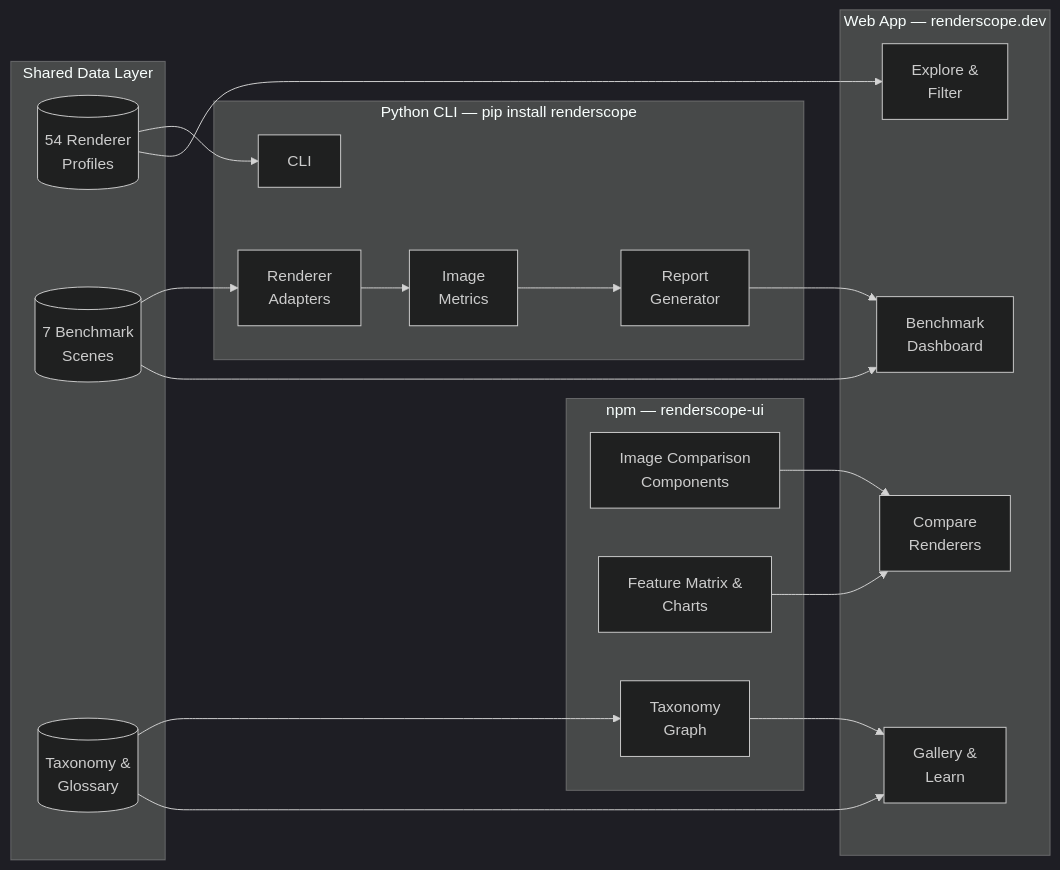
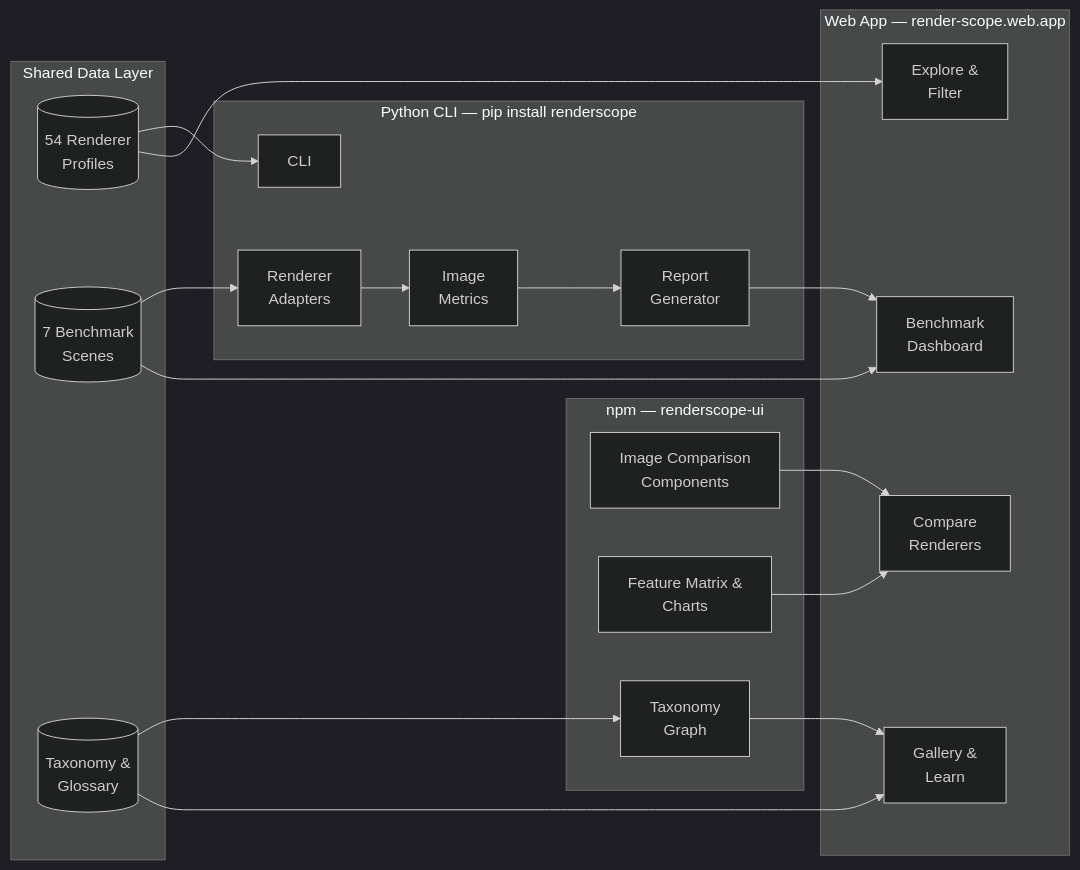
The first of 5 diagrams in README.md (renderscope-dev/renderscope), drawn with Mermaid (dark theme) before and after one commit. The commit also changed other lines of this file and 38 other files, not shown here.

````diff
--- a/README.md
+++ b/README.md
@@ -261,37 +261,37 @@
 ```mermaid
 graph LR
     subgraph Data["Shared Data Layer"]
         R[("54 Renderer<br>Profiles")]
         S[("7 Benchmark<br>Scenes")]
         T[("Taxonomy &<br>Glossary")]
     end
 
-    subgraph Web["Web App — renderscope.dev"]
+    subgraph Web["Web App — render-scope.web.app"]
         E["Explore &<br>Filter"]
         C["Compare<br>Renderers"]
         B["Benchmark<br>Dashboard"]
         G["Gallery &<br>Learn"]
     end
 
     subgraph Py["Python CLI — pip install renderscope"]
         CLI["CLI"]
         AD["Renderer<br>Adapters"]
         MET["Image<br>Metrics"]
         REP["Report<br>Generator"]
     end
 
     subgraph NPM["npm — renderscope-ui"]
         IC["Image Comparison<br>Components"]
         FM["Feature Matrix &<br>Charts"]
         TG["Taxonomy<br>Graph"]
     end
 
     R --> E & CLI
     S --> B & AD
     T --> G & TG
 
     AD --> MET --> REP --> B
 
     IC & FM --> C
     TG --> G
 ```
````
